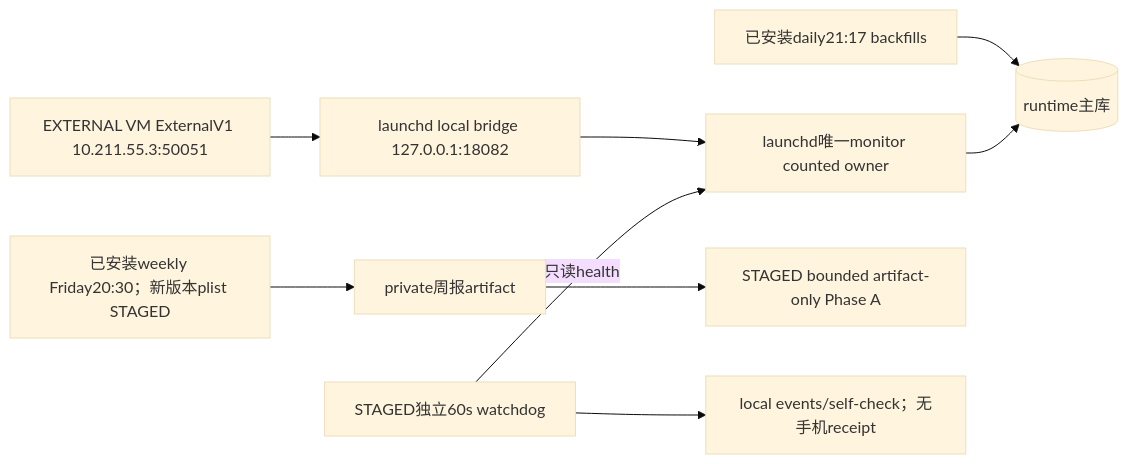
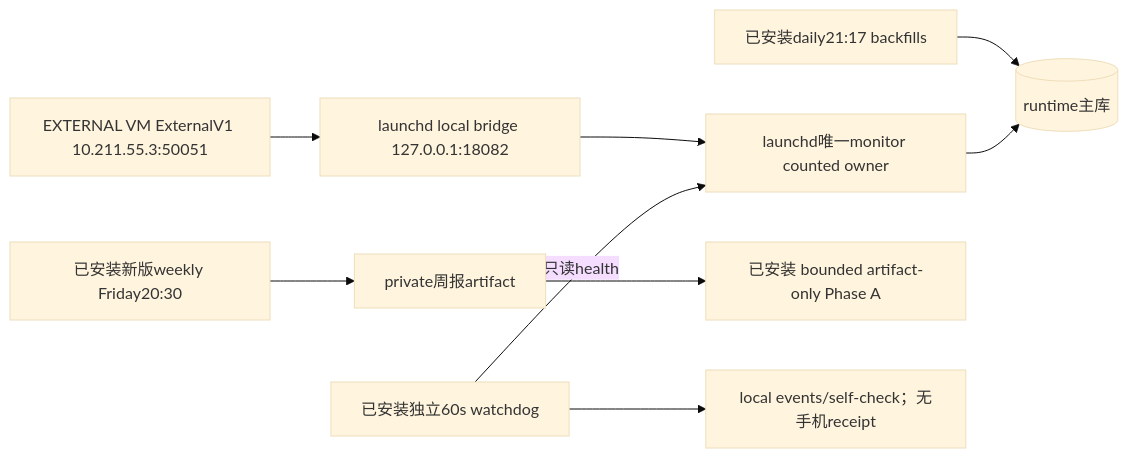
The fourth of 20 diagrams in docs/Project_Architecture_Blueprint.md (Northofqing/stock_analysis), drawn with Mermaid (base theme) before and after one commit. The commit also changed other lines of this file and 4 other files, not shown here.

````diff
--- a/docs/Project_Architecture_Blueprint.md
+++ b/docs/Project_Architecture_Blueprint.md
@@ -202,11 +202,11 @@
 ```mermaid
 flowchart LR
     vm["EXTERNAL VM ExternalV1 10.211.55.3:50051"] --> bridge["launchd local bridge 127.0.0.1:18082"]
     bridge --> monitor["launchd唯一monitor counted owner"]
     daily["已安装daily21:17 backfills"] --> db[("runtime主库")]
     monitor --> db
-    weekly["已安装weekly Friday20:30；新版本plist STAGED"] --> artifacts["private周报artifact"]
-    artifacts --> assistant["STAGED bounded artifact-only Phase A"]
-    watchdog["STAGED独立60s watchdog"] -->|只读health| monitor
+    weekly["已安装新版weekly Friday20:30"] --> artifacts["private周报artifact"]
+    artifacts --> assistant["已安装 bounded artifact-only Phase A"]
+    watchdog["已安装独立60s watchdog"] -->|只读health| monitor
     watchdog --> events["local events/self-check；无手机receipt"]
 ```
````
